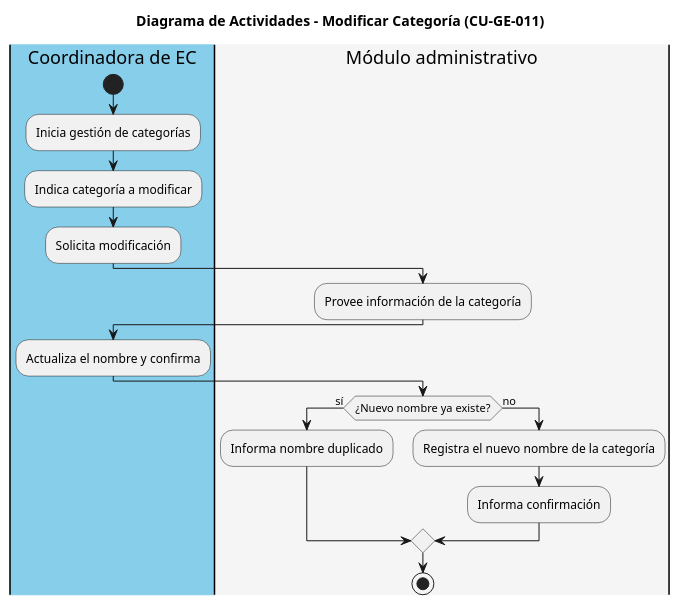
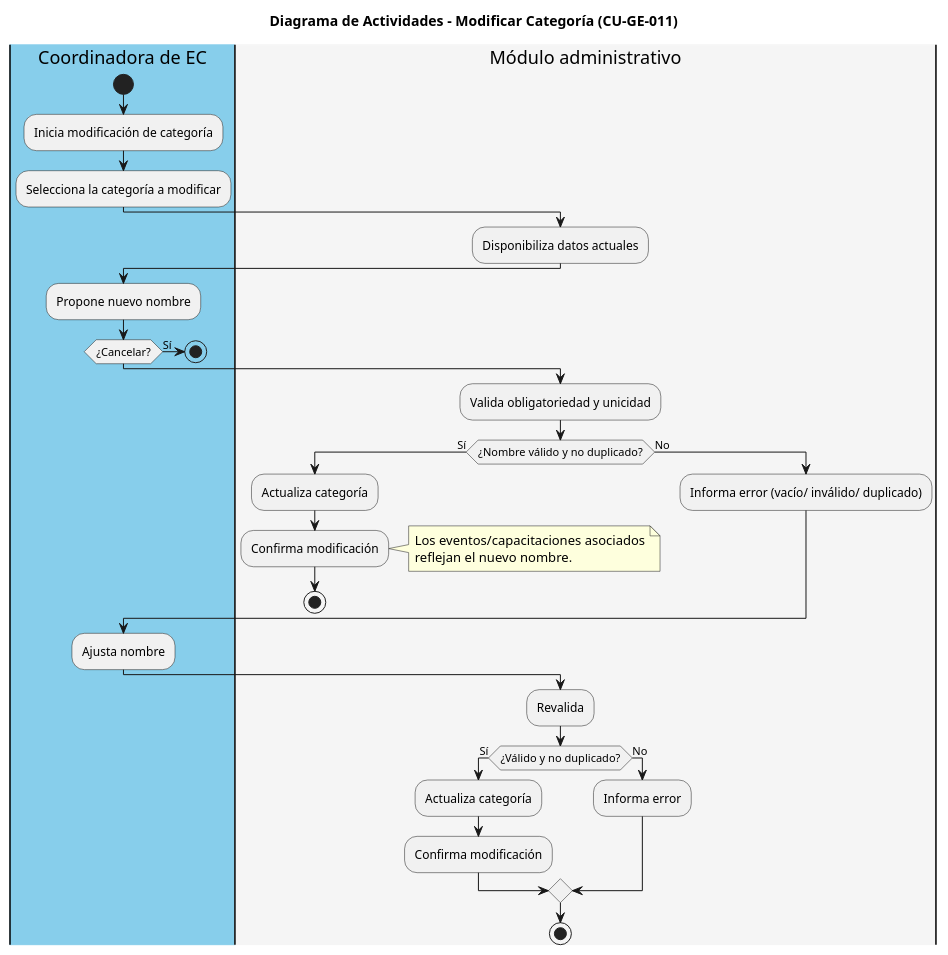
The diagram in code/CU-GE-011_Modificar_Categoria.puml (iKinoo/baby-salesforce-admin-module), drawn with PlantUML before and after one commit.

Commit message:
Update diagram CU-GE-011_Modify_Category

```diff
--- a/code/CU-GE-011_Modificar_Categoria.puml
+++ b/code/CU-GE-011_Modificar_Categoria.puml
@@ -1,24 +1,46 @@
 @startuml CU-GE-011_Modificar_Categoria
+
 title Diagrama de Actividades - Modificar Categoría (CU-GE-011)
 
 |#skyblue|Coordinadora de EC|
 start
-:Inicia gestión de categorías;
-:Indica categoría a modificar;
-:Solicita modificación;
+:Inicia modificación de categoría;
+:Selecciona la categoría a modificar;
 
 |#whitesmoke|Módulo administrativo|
-:Provee información de la categoría;
+:Disponibiliza datos actuales;
 
 |#skyblue|Coordinadora de EC|
-:Actualiza el nombre y confirma;
+:Propone nuevo nombre;
+if (¿Cancelar?) then (Sí)
+  stop
+endif
 
 |#whitesmoke|Módulo administrativo|
-if (¿Nuevo nombre ya existe?) then (sí)
-   :Informa nombre duplicado;
-else (no)
-  :Registra el nuevo nombre de la categoría;
-  :Informa confirmación;
+:Valida obligatoriedad y unicidad;
+if (¿Nombre válido y no duplicado?) then (Sí)
+  :Actualiza categoría;
+  :Confirma modificación;
+  note right
+    Los eventos/capacitaciones asociados
+    reflejan el nuevo nombre.
+  end note
+  stop
+else (No)
+  :Informa error (vacío/ inválido/ duplicado);
 endif
+
+|#skyblue|Coordinadora de EC|
+:Ajusta nombre;
+
+|#whitesmoke|Módulo administrativo|
+:Revalida;
+if (¿Válido y no duplicado?) then (Sí)
+  :Actualiza categoría;
+  :Confirma modificación;
+else (No)
+  :Informa error;
+endif
+
 stop
 @enduml
```
